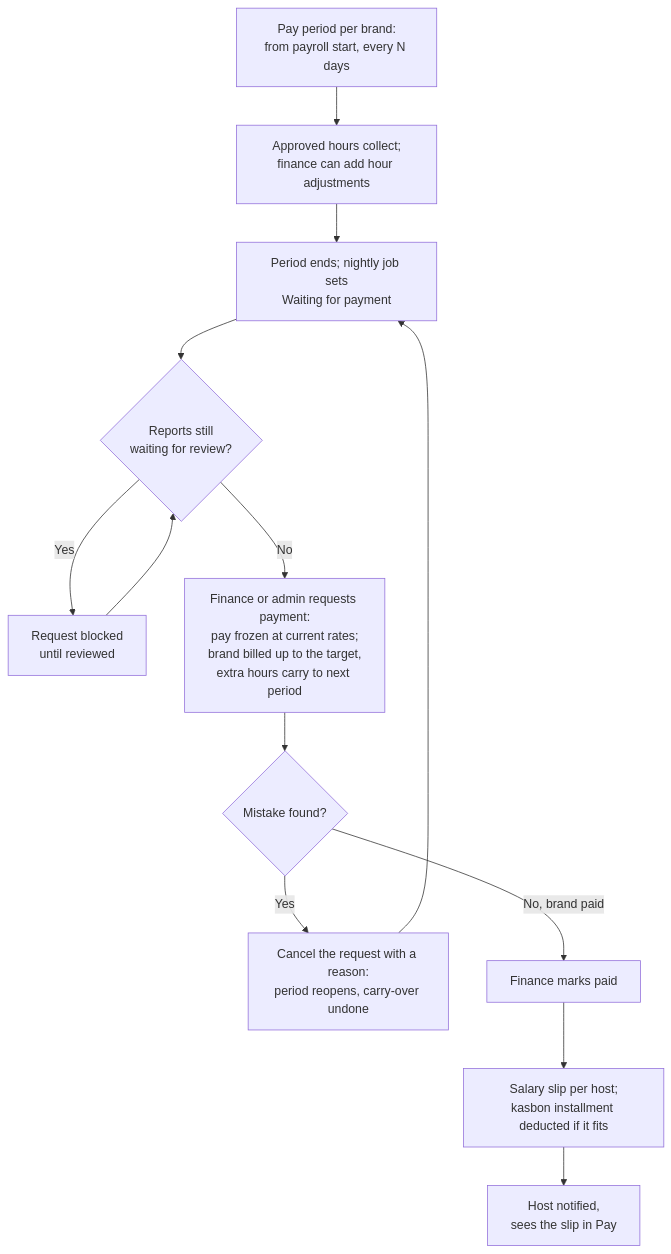
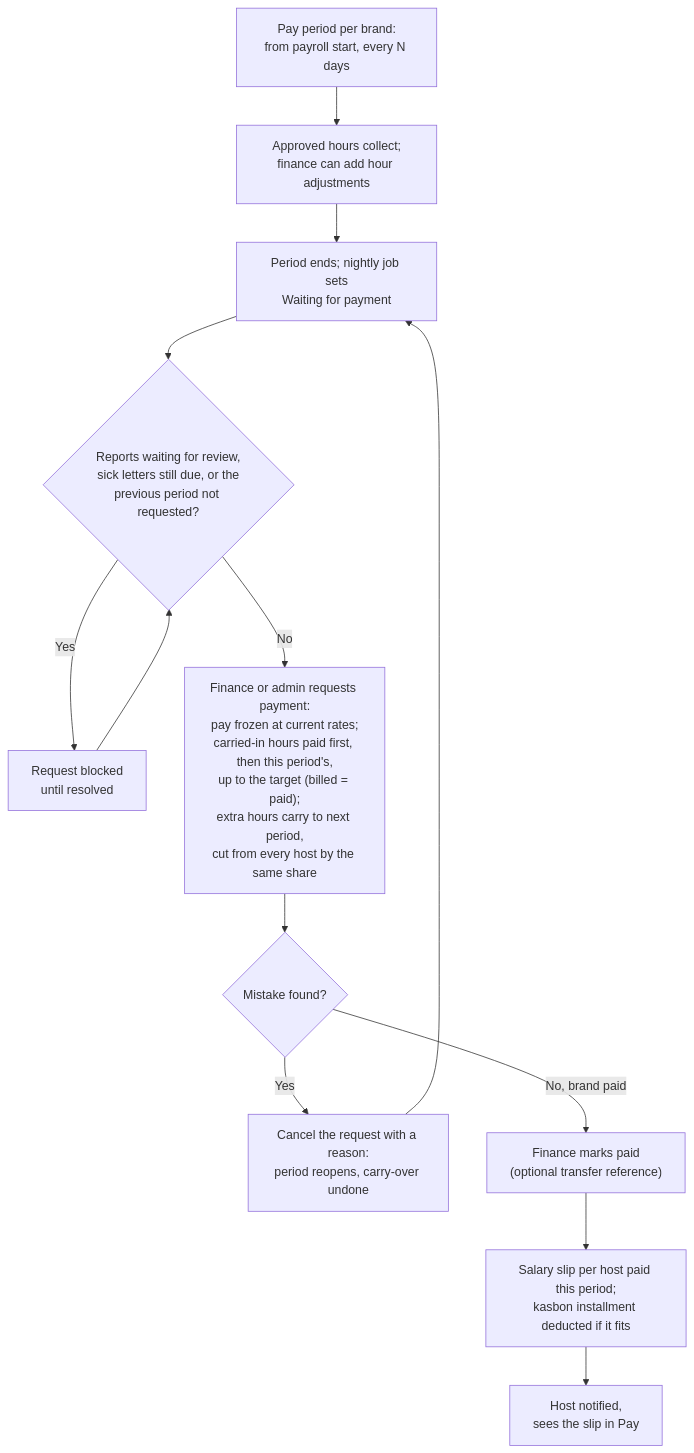
One commit to Adomancer/VidHelp changed the tenth of 13 diagrams in FLOWCHART.md. Above: the diagram before and after it, drawn with Mermaid. The commit also changed other lines of this file and 23 other files, not shown here.

First line of the commit message:
Revamp payroll carry-over and kasbon limits

````diff
--- a/FLOWCHART.md
+++ b/FLOWCHART.md
@@ -211,15 +211,15 @@
 ```mermaid
 flowchart TD
   A["Pay period per brand:<br/>from payroll start, every N days"] --> B["Approved hours collect;<br/>finance can add hour adjustments"]
   B --> C["Period ends; nightly job sets<br/>Waiting for payment"]
-  C --> D{"Reports still<br/>waiting for review?"}
-  D -->|Yes| E["Request blocked<br/>until reviewed"]
+  C --> D{"Reports waiting for review,<br/>sick letters still due, or the<br/>previous period not requested?"}
+  D -->|Yes| E["Request blocked<br/>until resolved"]
   E --> D
-  D -->|No| F["Finance or admin requests payment:<br/>pay frozen at current rates;<br/>brand billed up to the target,<br/>extra hours carry to next period"]
+  D -->|No| F["Finance or admin requests payment:<br/>pay frozen at current rates;<br/>carried-in hours paid first, then this period's,<br/>up to the target (billed = paid);<br/>extra hours carry to next period,<br/>cut from every host by the same share"]
   F --> G{"Mistake found?"}
   G -->|Yes| H["Cancel the request with a reason:<br/>period reopens, carry-over undone"]
   H --> C
-  G -->|No, brand paid| I["Finance marks paid"]
-  I --> J["Salary slip per host;<br/>kasbon installment deducted if it fits"]
+  G -->|No, brand paid| I["Finance marks paid<br/>(optional transfer reference)"]
+  I --> J["Salary slip per host paid this period;<br/>kasbon installment deducted if it fits"]
   J --> K["Host notified,<br/>sees the slip in Pay"]
 ```
````
